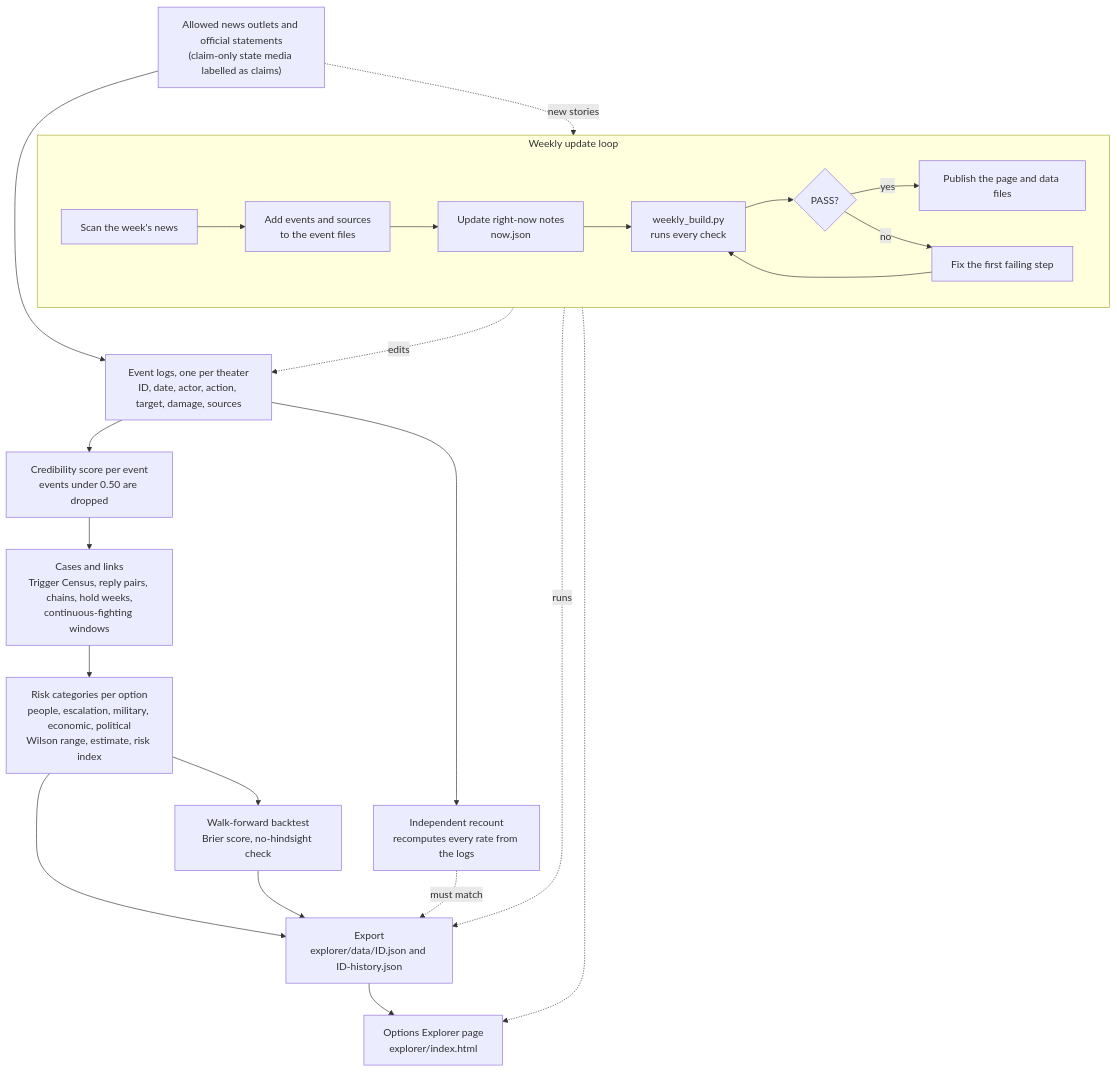
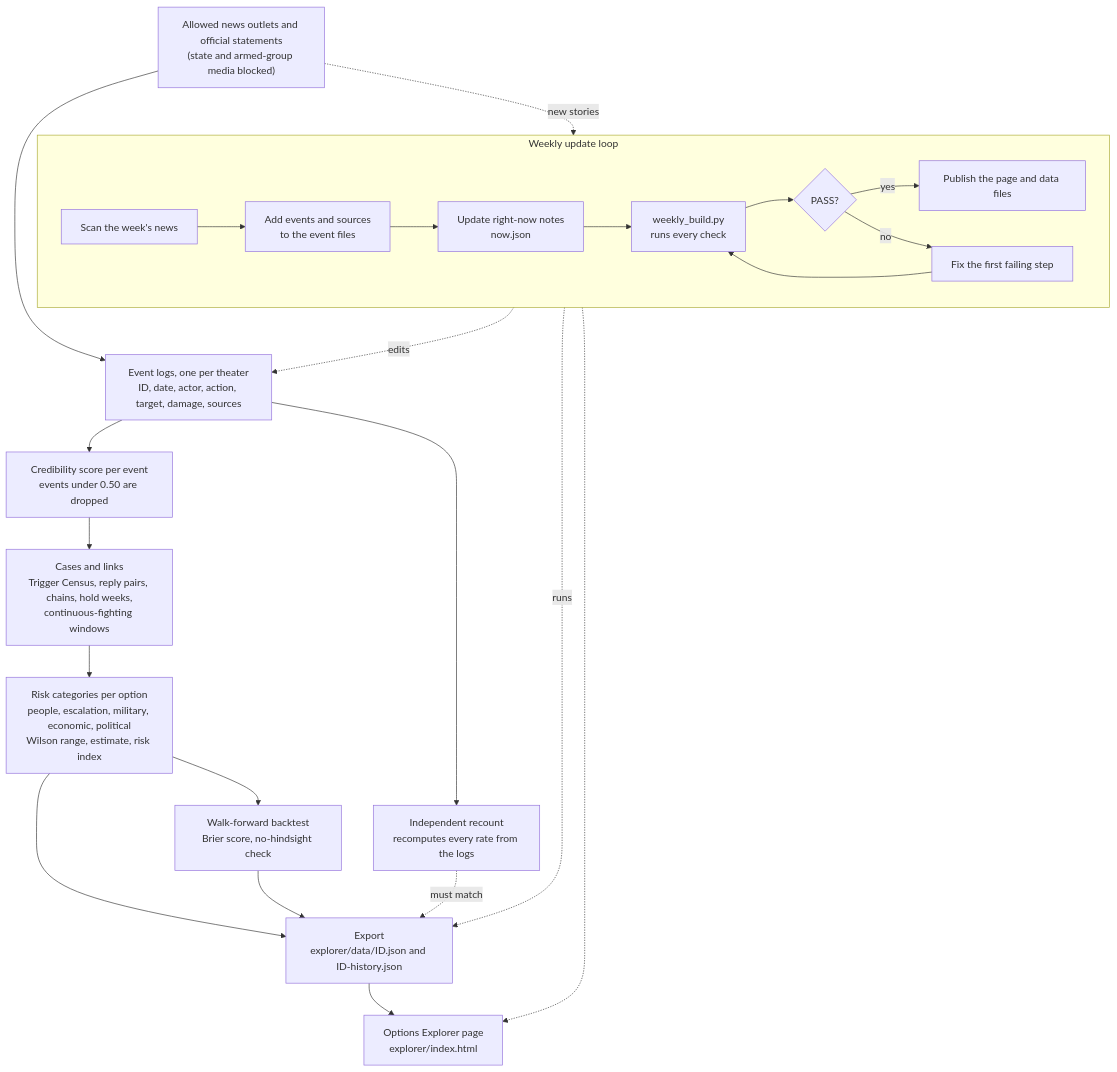
The diagram in docs/ARCHITECTURE.md (siddraw/NAPOR-Options-Explorer), drawn with Mermaid before and after one commit. The commit also changed other lines of this file and 25 other files, not shown here.

First line of the commit message:
Block state and armed-group media; widen allowed outlets; fix 'reports a claim' labels

````diff
--- a/docs/ARCHITECTURE.md
+++ b/docs/ARCHITECTURE.md
@@ -8,36 +8,36 @@
 ```mermaid
 flowchart TD
-    NEWS["Allowed news outlets and official statements<br/>(claim-only state media labelled as claims)"]
+    NEWS["Allowed news outlets and official statements<br/>(state and armed-group media blocked)"]
     LOG["Event logs, one per theater<br/>ID, date, actor, action, target, damage, sources"]
     CRED["Credibility score per event<br/>events under 0.50 are dropped"]
     CASES["Cases and links<br/>Trigger Census, reply pairs, chains, hold weeks,<br/>continuous-fighting windows"]
     RISK["Risk categories per option<br/>people, escalation, military, economic, political<br/>Wilson range, estimate, risk index"]
     BT["Walk-forward backtest<br/>Brier score, no-hindsight check"]
     VER["Independent recount<br/>recomputes every rate from the logs"]
     EXP["Export<br/>explorer/data/ID.json and ID-history.json"]
     PAGE["Options Explorer page<br/>explorer/index.html"]
 
     NEWS --> LOG --> CRED --> CASES --> RISK
     RISK --> BT
     RISK --> EXP
     BT --> EXP
     VER -. "must match" .-> EXP
     LOG --> VER
     EXP --> PAGE
 
     subgraph WEEK["Weekly update loop"]
         direction LR
         SCAN["Scan the week's news"] --> FILE["Add events and sources<br/>to the event files"]
         FILE --> NOW["Update right-now notes<br/>now.json"]
         NOW --> BUILD["weekly_build.py<br/>runs every check"]
         BUILD --> GATE{"PASS?"}
         GATE -- "yes" --> PUBLISH["Publish the page and data files"]
         GATE -- "no" --> FIX["Fix the first failing step"]
         FIX --> BUILD
     end
 
     NEWS -. "new stories" .-> SCAN
     FILE -. "edits" .-> LOG
     BUILD -. "runs" .-> EXP
     PUBLISH -.-> PAGE
 ```
````
